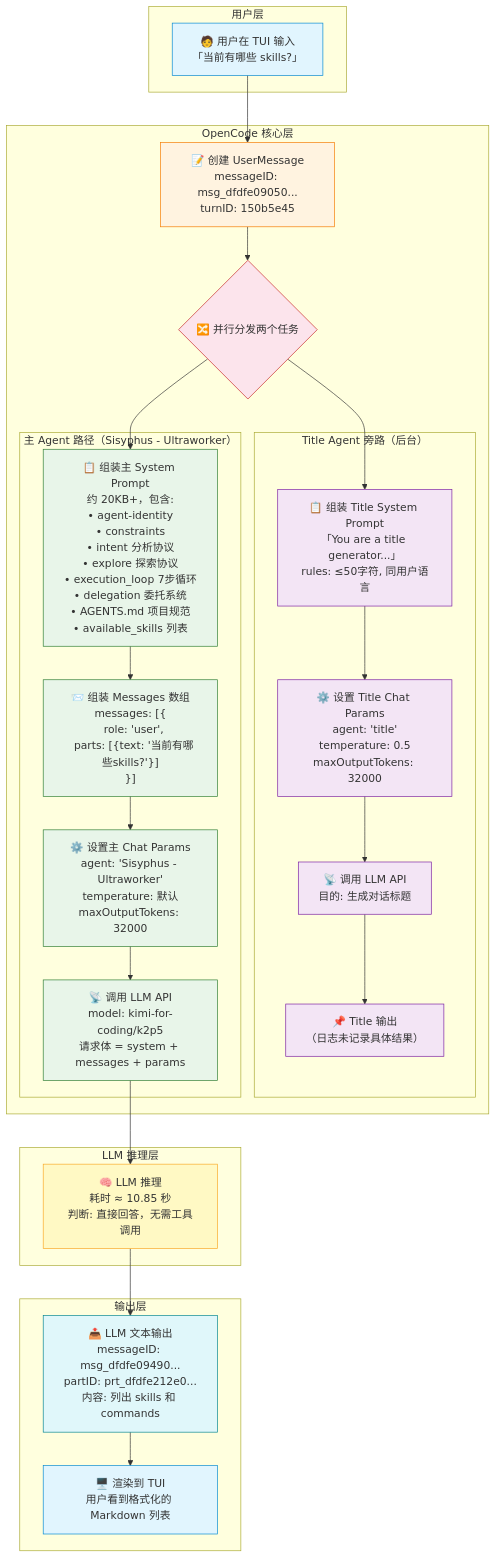
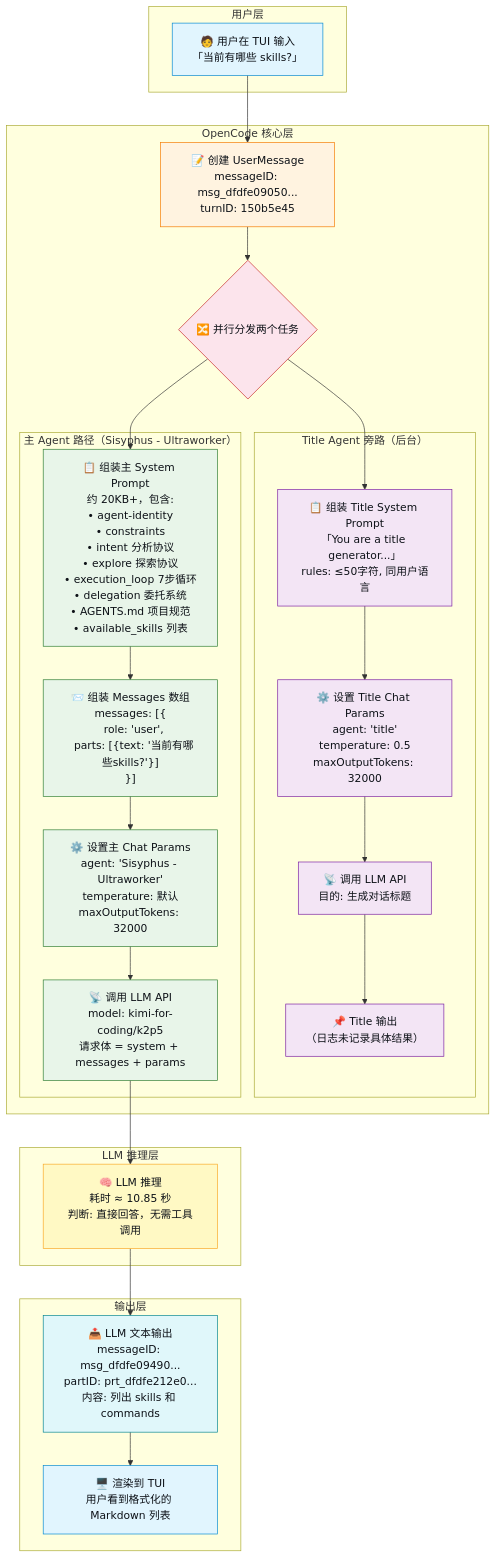
The first of 6 diagrams in opencode/opencode/.learnings/opencode-llm-io-session.md (055liufl/agent-project), drawn with Mermaid before and after one commit. The commit also changed other lines of this file and 1 other file, not shown here.

Commit message:
流程图字体颜色和背景颜色修改

````diff
--- a/opencode/opencode/.learnings/opencode-llm-io-session.md
+++ b/opencode/opencode/.learnings/opencode-llm-io-session.md
@@ -236,63 +236,63 @@
 ```mermaid
 flowchart TD
     subgraph 用户层
         A["🧑 用户在 TUI 输入<br/>「当前有哪些 skills?」"]
     end
 
     subgraph OpenCode 核心层
         B["📝 创建 UserMessage<br/>messageID: msg_dfdfe09050...<br/>turnID: 150b5e45"]
         C{"🔀 并行分发两个任务"}
 
         subgraph Title 旁路 ["Title Agent 旁路（后台）"]
             D1["📋 组装 Title System Prompt<br/>「You are a title generator...」<br/>rules: ≤50字符, 同用户语言"]
             D2["⚙️ 设置 Title Chat Params<br/>agent: 'title'<br/>temperature: 0.5<br/>maxOutputTokens: 32000"]
             D3["📡 调用 LLM API<br/>目的: 生成对话标题"]
             D4["📌 Title 输出<br/>（日志未记录具体结果）"]
         end
 
         subgraph Main 主路径 ["主 Agent 路径（Sisyphus - Ultraworker）"]
             E1["📋 组装主 System Prompt<br/>约 20KB+，包含:<br/>• agent-identity<br/>• constraints<br/>• intent 分析协议<br/>• explore 探索协议<br/>• execution_loop 7步循环<br/>• delegation 委托系统<br/>• AGENTS.md 项目规范<br/>• available_skills 列表"]
             E2["📨 组装 Messages 数组<br/>messages: [{<br/>  role: 'user',<br/>  parts: [{text: '当前有哪些skills?'}]<br/>}]"]
             E3["⚙️ 设置主 Chat Params<br/>agent: 'Sisyphus - Ultraworker'<br/>temperature: 默认<br/>maxOutputTokens: 32000"]
             E4["📡 调用 LLM API<br/>model: kimi-for-coding/k2p5<br/>请求体 = system + messages + params"]
         end
     end
 
     subgraph LLM 推理层
         F["🧠 LLM 推理<br/>耗时 ≈ 10.85 秒<br/>判断: 直接回答，无需工具调用"]
     end
 
     subgraph 输出层
         G["📤 LLM 文本输出<br/>messageID: msg_dfdfe09490...<br/>partID: prt_dfdfe212e0...<br/>内容: 列出 skills 和 commands"]
         H["🖥️ 渲染到 TUI<br/>用户看到格式化的 Markdown 列表"]
     end
 
     A --> B
     B --> C
     C --> D1
     C --> E1
     D1 --> D2
     D2 --> D3
     D3 --> D4
     E1 --> E2
     E2 --> E3
     E3 --> E4
     E4 --> F
     F --> G
     G --> H
 
-    style A fill:#e1f5fe,stroke:#0288d1
-    style B fill:#fff3e0,stroke:#f57c00
-    style C fill:#fce4ec,stroke:#c62828
-    style D1 fill:#f3e5f5,stroke:#7b1fa2
-    style D2 fill:#f3e5f5,stroke:#7b1fa2
-    style D3 fill:#f3e5f5,stroke:#7b1fa2
-    style D4 fill:#f3e5f5,stroke:#7b1fa2
-    style E1 fill:#e8f5e9,stroke:#2e7d32
-    style E2 fill:#e8f5e9,stroke:#2e7d32
-    style E3 fill:#e8f5e9,stroke:#2e7d32
-    style E4 fill:#e8f5e9,stroke:#2e7d32
-    style F fill:#fff9c4,stroke:#f9a825
-    style G fill:#e0f7fa,stroke:#00838f
-    style H fill:#e1f5fe,stroke:#0288d1
+    style A fill:#e1f5fe,stroke:#0288d1,color:#0d1117
+    style B fill:#fff3e0,stroke:#f57c00,color:#0d1117
+    style C fill:#fce4ec,stroke:#c62828,color:#0d1117
+    style D1 fill:#f3e5f5,stroke:#7b1fa2,color:#0d1117
+    style D2 fill:#f3e5f5,stroke:#7b1fa2,color:#0d1117
+    style D3 fill:#f3e5f5,stroke:#7b1fa2,color:#0d1117
+    style D4 fill:#f3e5f5,stroke:#7b1fa2,color:#0d1117
+    style E1 fill:#e8f5e9,stroke:#2e7d32,color:#0d1117
+    style E2 fill:#e8f5e9,stroke:#2e7d32,color:#0d1117
+    style E3 fill:#e8f5e9,stroke:#2e7d32,color:#0d1117
+    style E4 fill:#e8f5e9,stroke:#2e7d32,color:#0d1117
+    style F fill:#fff9c4,stroke:#f9a825,color:#0d1117
+    style G fill:#e0f7fa,stroke:#00838f,color:#0d1117
+    style H fill:#e1f5fe,stroke:#0288d1,color:#0d1117
 ```
````
